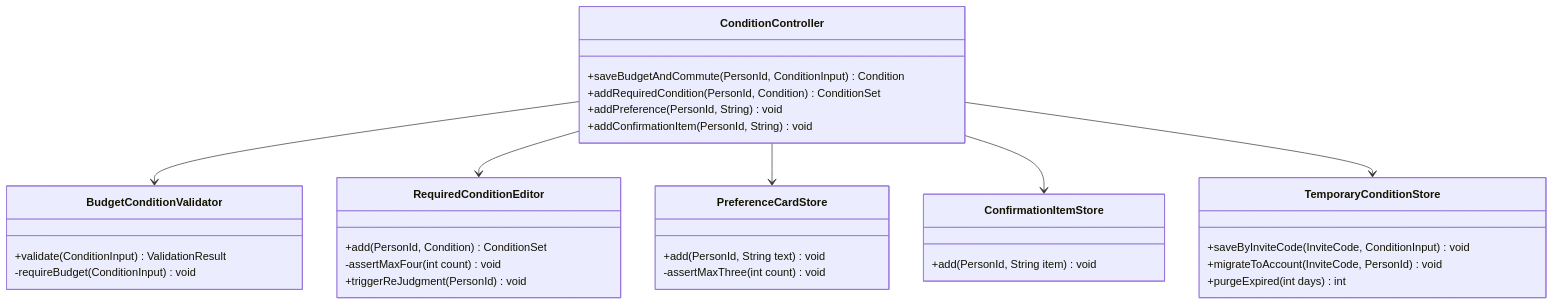
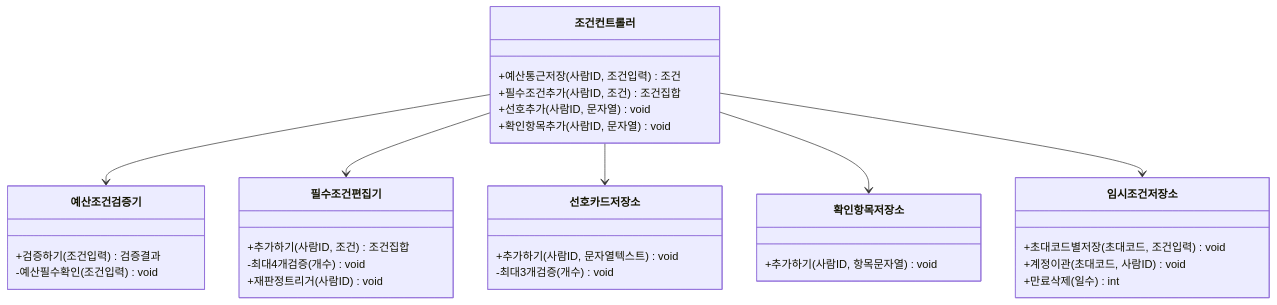
Before and after one commit to soobworks/SRS_project: the tenth of 23 diagrams in SRS_project/같이보기-technical-design-v1_0.md, drawn with Mermaid. The commit also changed other lines of this file, not shown here.

First line of the commit message:
Translate class/sequence diagram identifiers in TDD §4-5 to Korean

````diff
--- a/SRS_project/같이보기-technical-design-v1_0.md
+++ b/SRS_project/같이보기-technical-design-v1_0.md
@@ -487,36 +487,36 @@
 ```mermaid
 classDiagram
-    class ConditionController {
-        +saveBudgetAndCommute(PersonId, ConditionInput) Condition
-        +addRequiredCondition(PersonId, Condition) ConditionSet
-        +addPreference(PersonId, String) void
-        +addConfirmationItem(PersonId, String) void
+    class 조건컨트롤러 {
+        +예산통근저장(사람ID, 조건입력) 조건
+        +필수조건추가(사람ID, 조건) 조건집합
+        +선호추가(사람ID, 문자열) void
+        +확인항목추가(사람ID, 문자열) void
     }
-    class BudgetConditionValidator {
-        +validate(ConditionInput) ValidationResult
-        -requireBudget(ConditionInput) void
+    class 예산조건검증기 {
+        +검증하기(조건입력) 검증결과
+        -예산필수확인(조건입력) void
     }
-    class RequiredConditionEditor {
-        +add(PersonId, Condition) ConditionSet
-        -assertMaxFour(int count) void
-        +triggerReJudgment(PersonId) void
+    class 필수조건편집기 {
+        +추가하기(사람ID, 조건) 조건집합
+        -최대4개검증(개수) void
+        +재판정트리거(사람ID) void
     }
-    class PreferenceCardStore {
-        +add(PersonId, String text) void
-        -assertMaxThree(int count) void
+    class 선호카드저장소 {
+        +추가하기(사람ID, 문자열텍스트) void
+        -최대3개검증(개수) void
     }
-    class ConfirmationItemStore {
-        +add(PersonId, String item) void
+    class 확인항목저장소 {
+        +추가하기(사람ID, 항목문자열) void
     }
-    class TemporaryConditionStore {
-        +saveByInviteCode(InviteCode, ConditionInput) void
-        +migrateToAccount(InviteCode, PersonId) void
-        +purgeExpired(int days) int
+    class 임시조건저장소 {
+        +초대코드별저장(초대코드, 조건입력) void
+        +계정이관(초대코드, 사람ID) void
+        +만료삭제(일수) int
     }
 
-    ConditionController --> BudgetConditionValidator
-    ConditionController --> RequiredConditionEditor
-    ConditionController --> PreferenceCardStore
-    ConditionController --> ConfirmationItemStore
-    ConditionController --> TemporaryConditionStore
+    조건컨트롤러 --> 예산조건검증기
+    조건컨트롤러 --> 필수조건편집기
+    조건컨트롤러 --> 선호카드저장소
+    조건컨트롤러 --> 확인항목저장소
+    조건컨트롤러 --> 임시조건저장소
 ```
````
